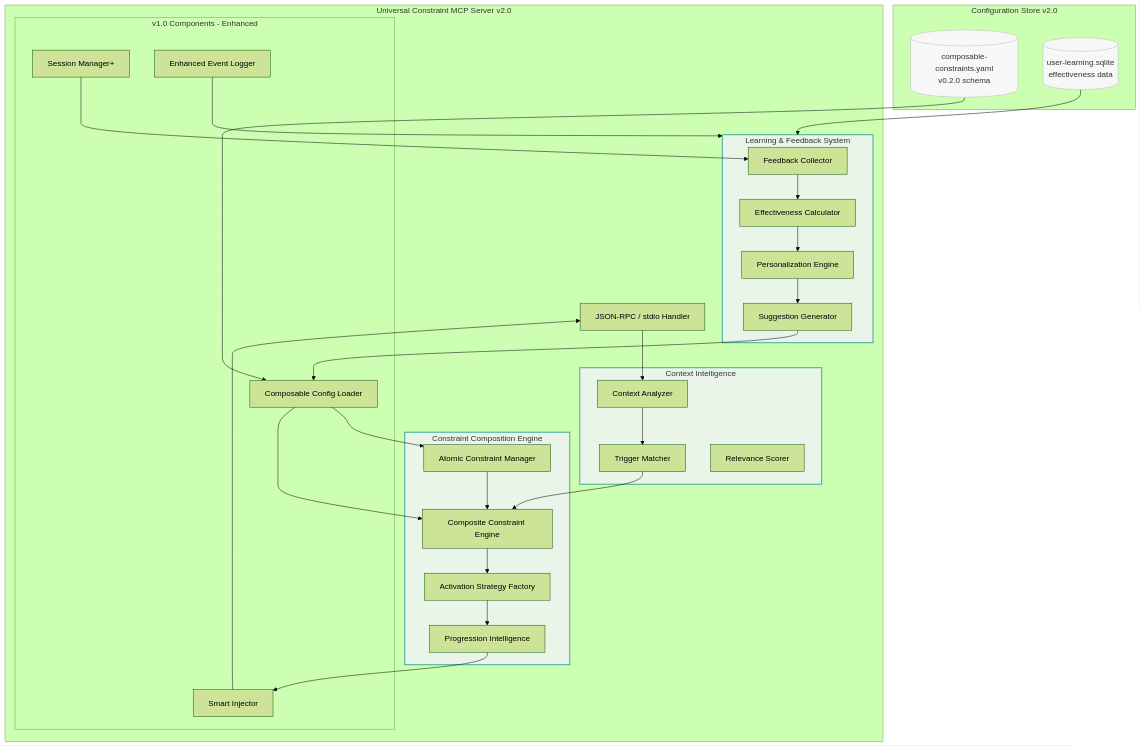
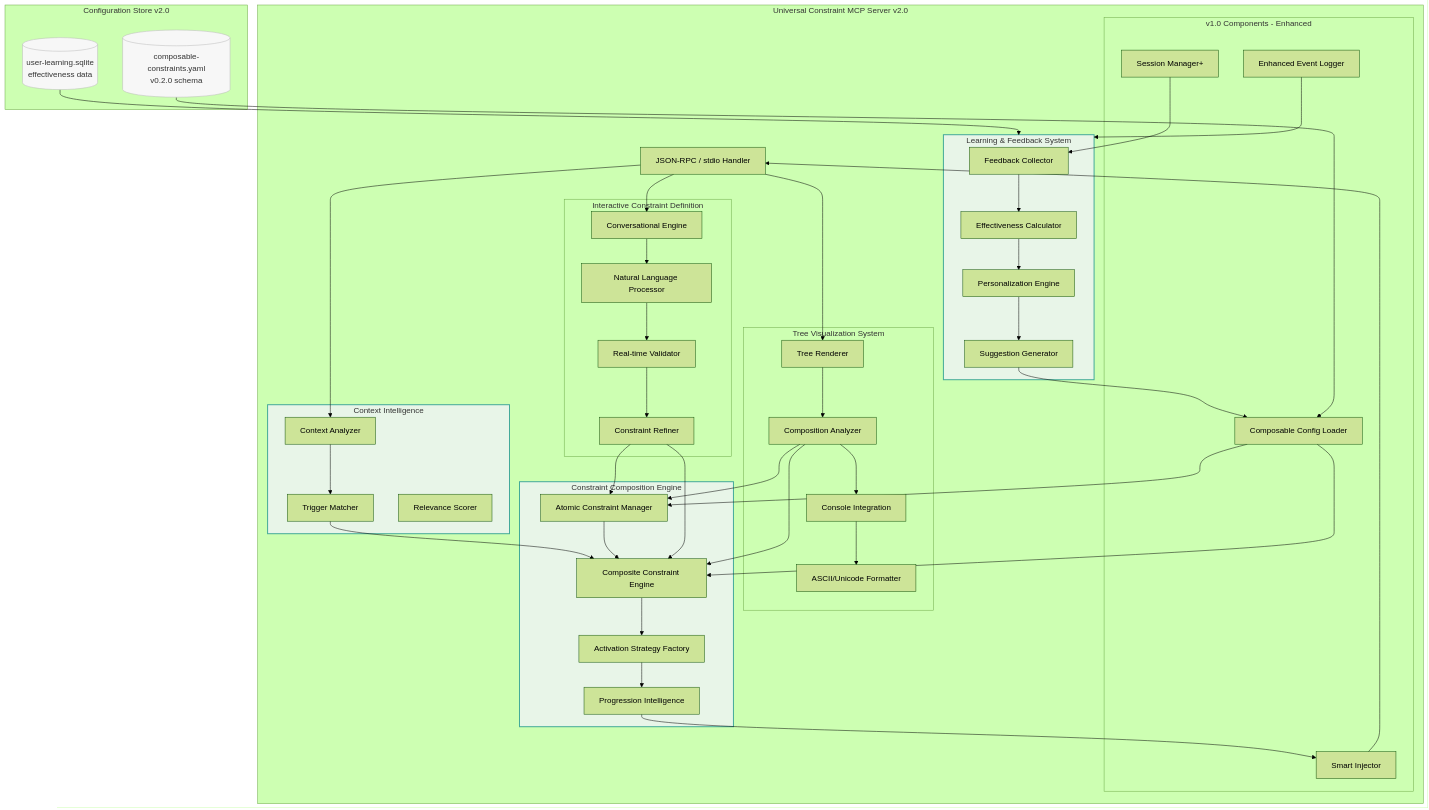
One commit to 11PJ11/mcp-llm-constraints changed the second of 6 diagrams in docs/architecture.md. Above: the diagram before and after it, drawn with Mermaid (forest theme). The commit also changed other lines of this file and 1 other file, not shown here.

First line of the commit message:
feat(docs): add interactive constraint definition system design

````diff
--- a/docs/architecture.md
+++ b/docs/architecture.md
@@ -85,59 +85,81 @@
 ```mermaid
 flowchart TB
   subgraph MCP[Universal Constraint MCP Server v2.0]
     RPC[JSON-RPC / stdio Handler]
     
     subgraph Context[Context Intelligence]
       CTX[Context Analyzer]
       TRIGGER[Trigger Matcher]
       RELEVANCE[Relevance Scorer]
     end
     
     subgraph Composition[Constraint Composition Engine]
       ATOMIC[Atomic Constraint Manager]
       COMPOSITE[Composite Constraint Engine]
       ACTIVATION[Activation Strategy Factory]
       PROGRESSION[Progression Intelligence]
+    end
+    
+    subgraph Conversation[Interactive Constraint Definition]
+      CONVO[Conversational Engine]
+      NLP[Natural Language Processor]
+      VALIDATOR[Real-time Validator]
+      REFINER[Constraint Refiner]
+    end
+    
+    subgraph Visualization[Tree Visualization System]
+      TREE[Tree Renderer]
+      COMPOSER[Composition Analyzer]
+      CONSOLE[Console Integration]
+      FORMATTER[ASCII/Unicode Formatter]
     end
     
     subgraph Learning[Learning & Feedback System]
       FEEDBACK[Feedback Collector]
       EFFECTIVENESS[Effectiveness Calculator]
       PERSONALIZATION[Personalization Engine]
       SUGGESTIONS[Suggestion Generator]
     end
     
     subgraph Legacy[v1.0 Components - Enhanced]
       SESS[Session Manager+]
       INJ[Smart Injector]
       CONF[Composable Config Loader]
       LOG[Enhanced Event Logger]
     end
   end
 
   RPC --> CTX --> TRIGGER --> COMPOSITE
   COMPOSITE --> ACTIVATION --> PROGRESSION --> INJ
   ATOMIC --> COMPOSITE
   INJ --> RPC
   
+  RPC --> CONVO --> NLP --> VALIDATOR --> REFINER
+  REFINER --> ATOMIC
+  REFINER --> COMPOSITE
+  
+  RPC --> TREE --> COMPOSER --> CONSOLE --> FORMATTER
+  COMPOSER --> ATOMIC
+  COMPOSER --> COMPOSITE
+  
   FEEDBACK --> EFFECTIVENESS --> PERSONALIZATION --> SUGGESTIONS
   SUGGESTIONS --> CONF
   SESS --> FEEDBACK
   
   CONF --> ATOMIC
   CONF --> COMPOSITE
   LOG --> Learning
 
   subgraph ConfigStore[Configuration Store v2.0]
     YAML[(composable-constraints.yaml\nv0.2.0 schema)]
     LEARNING_DB[(user-learning.sqlite\neffectiveness data)]
   end
 
   YAML --> CONF
   LEARNING_DB --> Learning
 
   classDef v2 fill:#e8f5e8,stroke:#4a9,stroke-width:2px,color:#333
   classDef store fill:#f7f7f7,stroke:#bbb,stroke-width:1px,color:#333
   class Context,Composition,Learning v2
   class YAML,LEARNING_DB store
 ```
````
